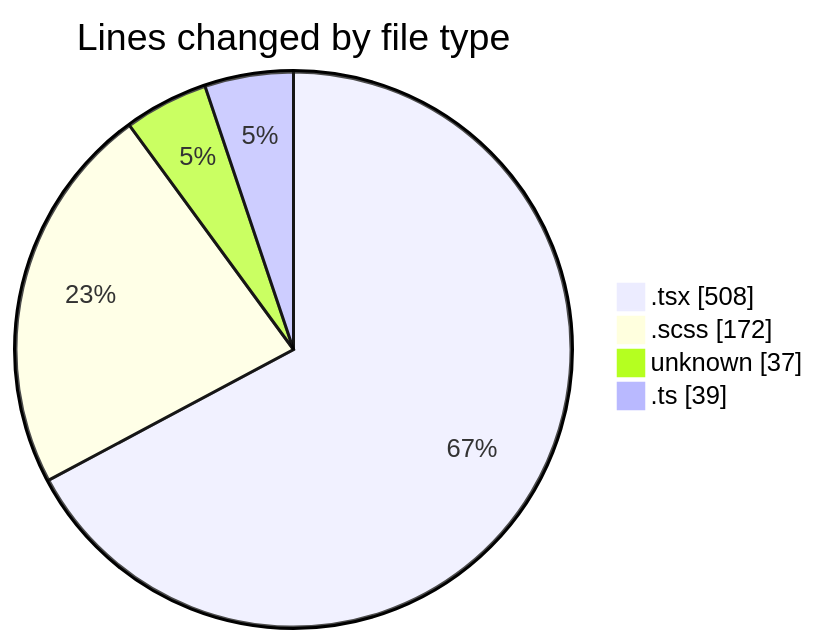
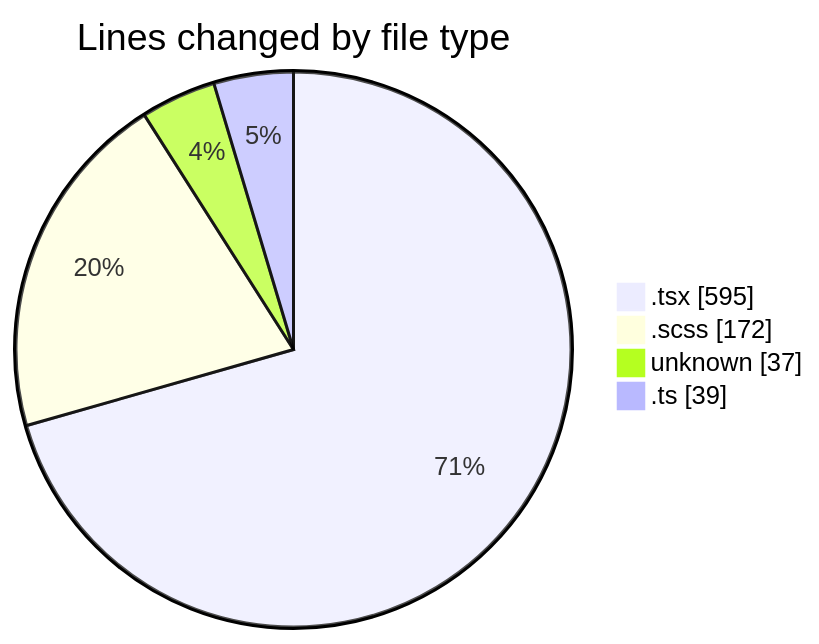
One commit to momahboobian/code-tracking changed the first of 2 diagrams in 2025-09-16/cda/README.md. Above: the diagram before and after it, drawn with Mermaid. The commit also changed other lines of this file and 1 other file, not shown here.

````diff
--- a/2025-09-16/cda/README.md
+++ b/2025-09-16/cda/README.md
@@ -24,8 +24,8 @@
 ```mermaid
 pie showData
 title Lines changed by file type
-".tsx" : 508
+".tsx" : 595
 ".scss" : 172
 "unknown" : 37
 ".ts" : 39
 ```
````
